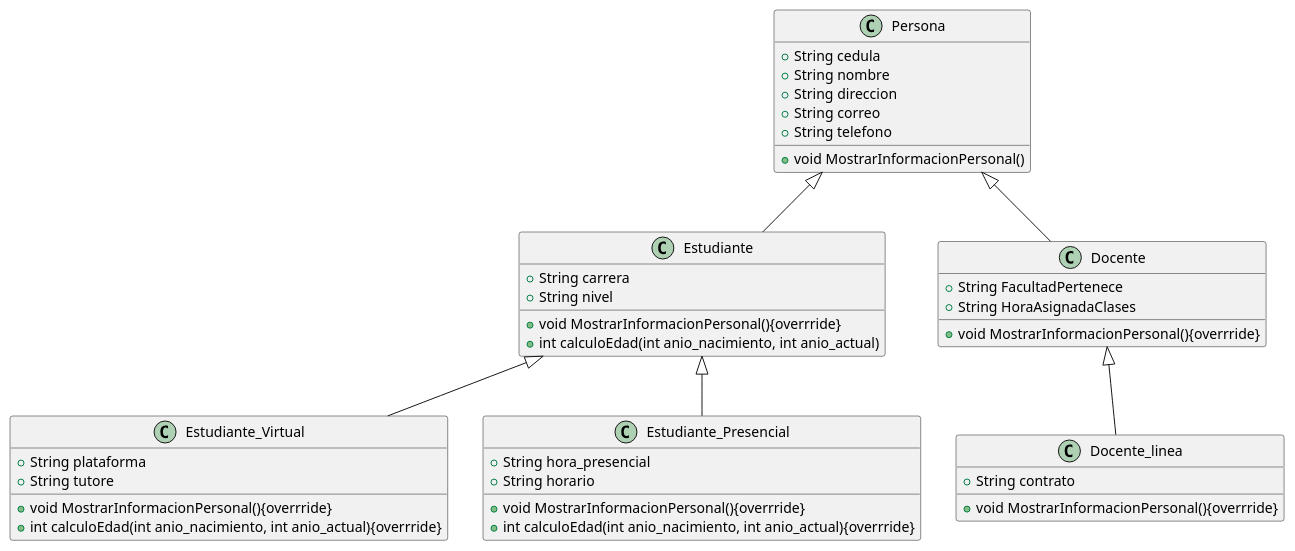
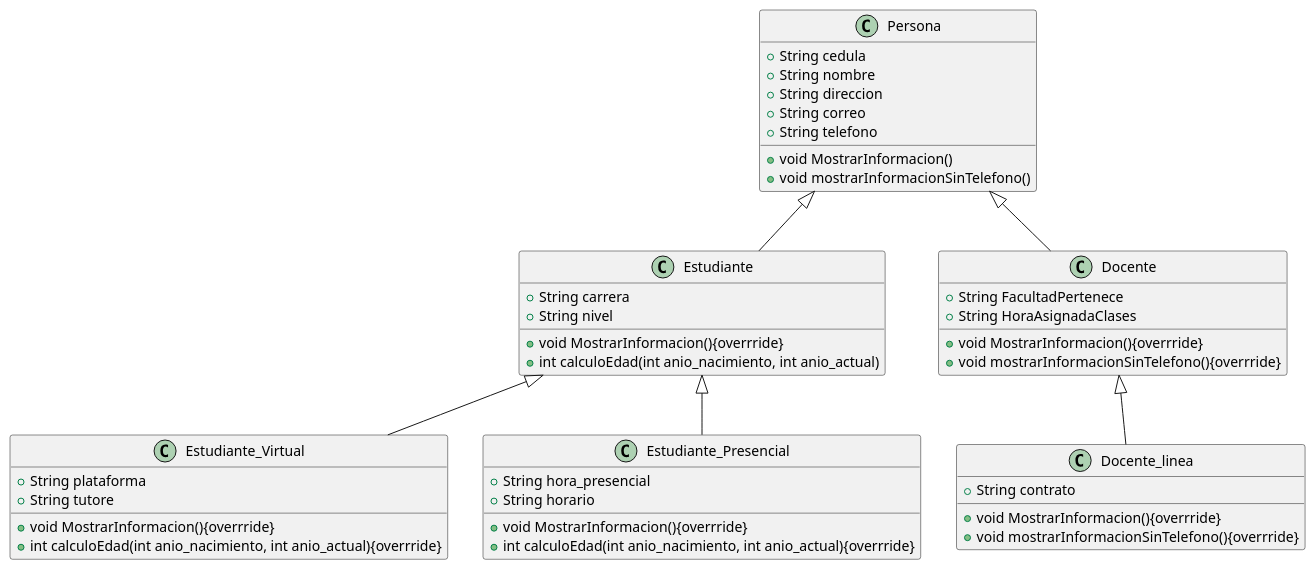
Before and after one commit to NayelyAyol/Taller_Herencia: the diagram in src/Persona.puml, drawn with PlantUML. The commit also changed 4 other files, not shown here.

```diff
--- a/src/Persona.puml
+++ b/src/Persona.puml
@@ -1,49 +1,48 @@
 @startuml
 class Persona{
 +String cedula
 +String nombre
 +String direccion
 +String correo
 +String telefono
-+void MostrarInformacionPersonal()
++void MostrarInformacion()
++void mostrarInformacionSinTelefono()
 }
 
-class Estudiante{
+class Estudiante extends Persona{
 +String carrera
 +String nivel
-+void MostrarInformacionPersonal(){overrride}
++void MostrarInformacion(){overrride}
 +int calculoEdad(int anio_nacimiento, int anio_actual)
 }
 
-class Docente{
+class Docente extends Persona{
 +String FacultadPertenece
 +String HoraAsignadaClases
-+void MostrarInformacionPersonal(){overrride}
++void MostrarInformacion(){overrride}
++void mostrarInformacionSinTelefono(){overrride}
 }
 
-class Docente_linea{
+class Docente_linea extends Docente{
 +String contrato
-+void MostrarInformacionPersonal(){overrride}
++void MostrarInformacion(){overrride}
++void mostrarInformacionSinTelefono(){overrride}
 }
-class Estudiante_Virtual{
+
+class Estudiante_Virtual extends Estudiante{
 +String plataforma
 +String tutore
-+void MostrarInformacionPersonal(){overrride}
++void MostrarInformacion(){overrride}
 +int calculoEdad(int anio_nacimiento, int anio_actual){overrride}
 }
 
-class Estudiante_Presencial{
+class Estudiante_Presencial extends Estudiante{
 +String hora_presencial
 +String horario
-+void MostrarInformacionPersonal(){overrride}
++void MostrarInformacion(){overrride}
 +int calculoEdad(int anio_nacimiento, int anio_actual){overrride}
 }
 
-Persona <|-- Estudiante
-Persona <|-- Docente
 
-Estudiante <|-- Estudiante_Virtual
-Estudiante <|-- Estudiante_Presencial
-Docente <|-- Docente_linea
 
 @enduml
```
